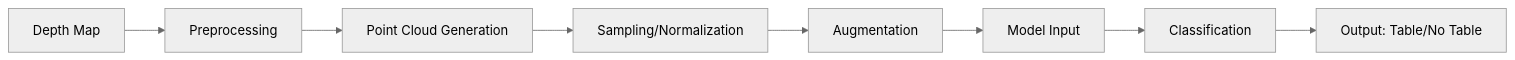
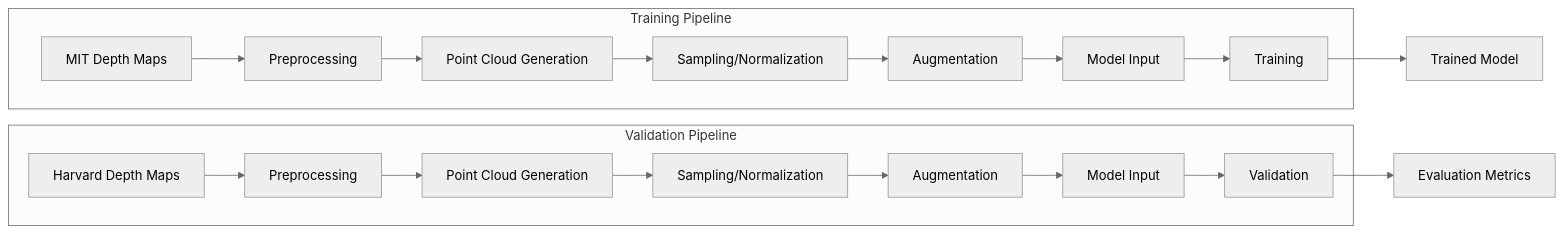
Before and after one commit to KaleLjl/Coursework-2-COMP0248: the second of 4 diagrams in memory-bank/systemPatterns.md, drawn with Mermaid (neutral theme). The commit also changed other lines of this file and 5 other files, not shown here.

Commit message:
update the memory bank to focus on change the data load logic now, we should have MIT sequences dataset to train, the Harvard sequences to validation

````diff
--- a/memory-bank/systemPatterns.md
+++ b/memory-bank/systemPatterns.md
@@ -62,10 +65,23 @@
 ```mermaid
 graph LR
-    D[Depth Map] --> P[Preprocessing]
-    P --> PC[Point Cloud Generation]
-    PC --> S[Sampling/Normalization]
-    S --> A[Augmentation]
-    A --> M[Model Input]
-    M --> C[Classification]
-    C --> O[Output: Table/No Table]
+    subgraph "Training Pipeline"
+    DM[MIT Depth Maps] --> PM[Preprocessing]
+    PM --> PCM[Point Cloud Generation]
+    PCM --> SM[Sampling/Normalization]
+    SM --> AM[Augmentation]
+    AM --> MM[Model Input]
+    MM --> T[Training]
+    end
+    
+    subgraph "Validation Pipeline"
+    DH[Harvard Depth Maps] --> PH[Preprocessing]
+    PH --> PCH[Point Cloud Generation]
+    PCH --> SH[Sampling/Normalization]
+    SH --> AH[Augmentation]
+    AH --> MH[Model Input]
+    MH --> V[Validation]
+    end
+    
+    T --> M[Trained Model]
+    V --> E[Evaluation Metrics]
 ```
````
